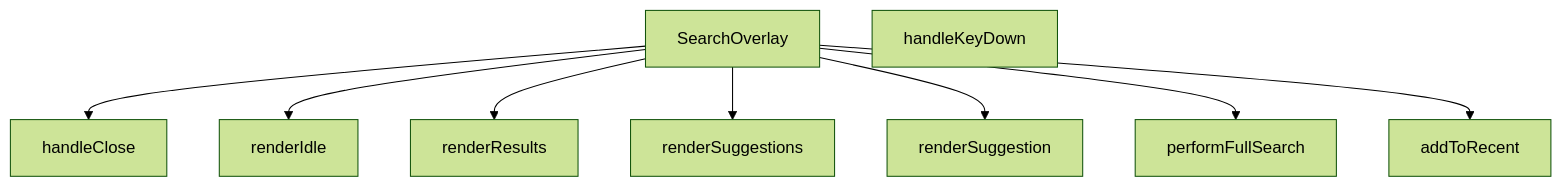
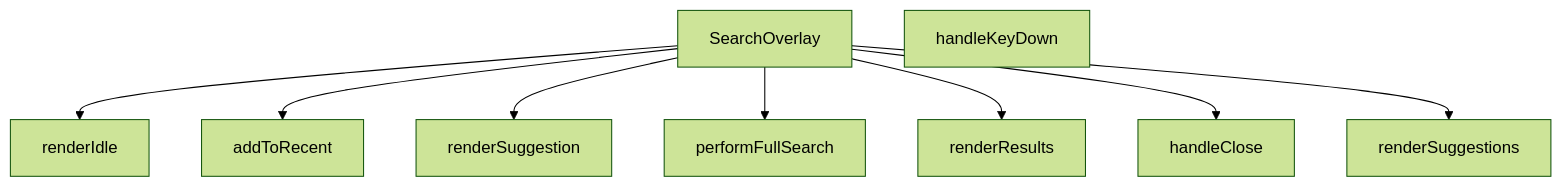
The diagram in src/components/SearchOverlay.md (peckop/venthub-hvac-esite), drawn with Mermaid (forest theme) before and after one commit. The commit also changed other lines of this file and 45 other files, not shown here.

````diff
--- a/src/components/SearchOverlay.md
+++ b/src/components/SearchOverlay.md
@@ -300,19 +315,19 @@
 ```mermaid
 graph TD
     SearchOverlay_tsx__SearchOverlay["SearchOverlay"]
     SearchOverlay_tsx__addToRecent["addToRecent"]
     SearchOverlay_tsx__handleClose["handleClose"]
     SearchOverlay_tsx__handleKeyDown["handleKeyDown"]
     SearchOverlay_tsx__performFullSearch["performFullSearch"]
     SearchOverlay_tsx__renderIdle["renderIdle"]
     SearchOverlay_tsx__renderResults["renderResults"]
     SearchOverlay_tsx__renderSuggestion["renderSuggestion"]
     SearchOverlay_tsx__renderSuggestions["renderSuggestions"]
-    SearchOverlay_tsx__SearchOverlay --> SearchOverlay_tsx__handleClose
     SearchOverlay_tsx__SearchOverlay --> SearchOverlay_tsx__renderIdle
-    SearchOverlay_tsx__SearchOverlay --> SearchOverlay_tsx__renderResults
-    SearchOverlay_tsx__SearchOverlay --> SearchOverlay_tsx__renderSuggestions
+    SearchOverlay_tsx__SearchOverlay --> SearchOverlay_tsx__addToRecent
     SearchOverlay_tsx__SearchOverlay --> SearchOverlay_tsx__renderSuggestion
     SearchOverlay_tsx__SearchOverlay --> SearchOverlay_tsx__performFullSearch
-    SearchOverlay_tsx__SearchOverlay --> SearchOverlay_tsx__addToRecent
+    SearchOverlay_tsx__SearchOverlay --> SearchOverlay_tsx__renderResults
+    SearchOverlay_tsx__SearchOverlay --> SearchOverlay_tsx__handleClose
+    SearchOverlay_tsx__SearchOverlay --> SearchOverlay_tsx__renderSuggestions
 ```
````
